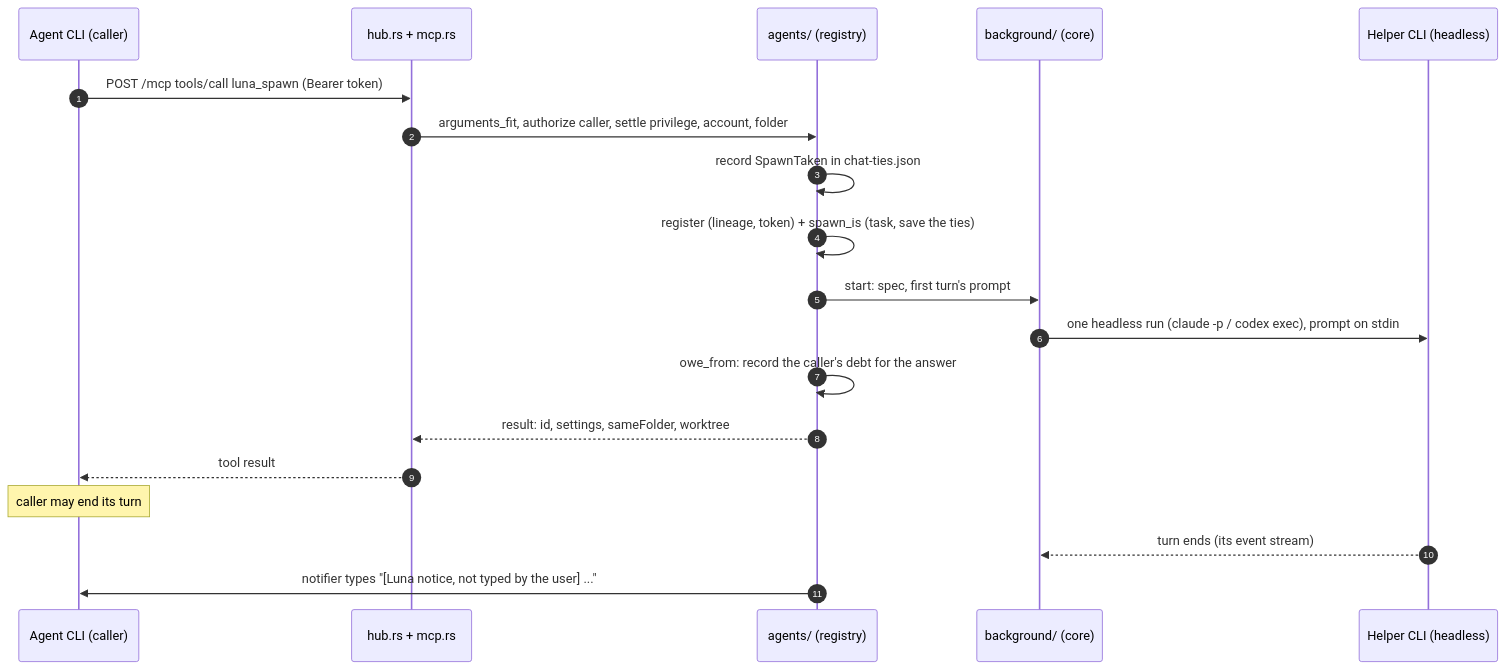
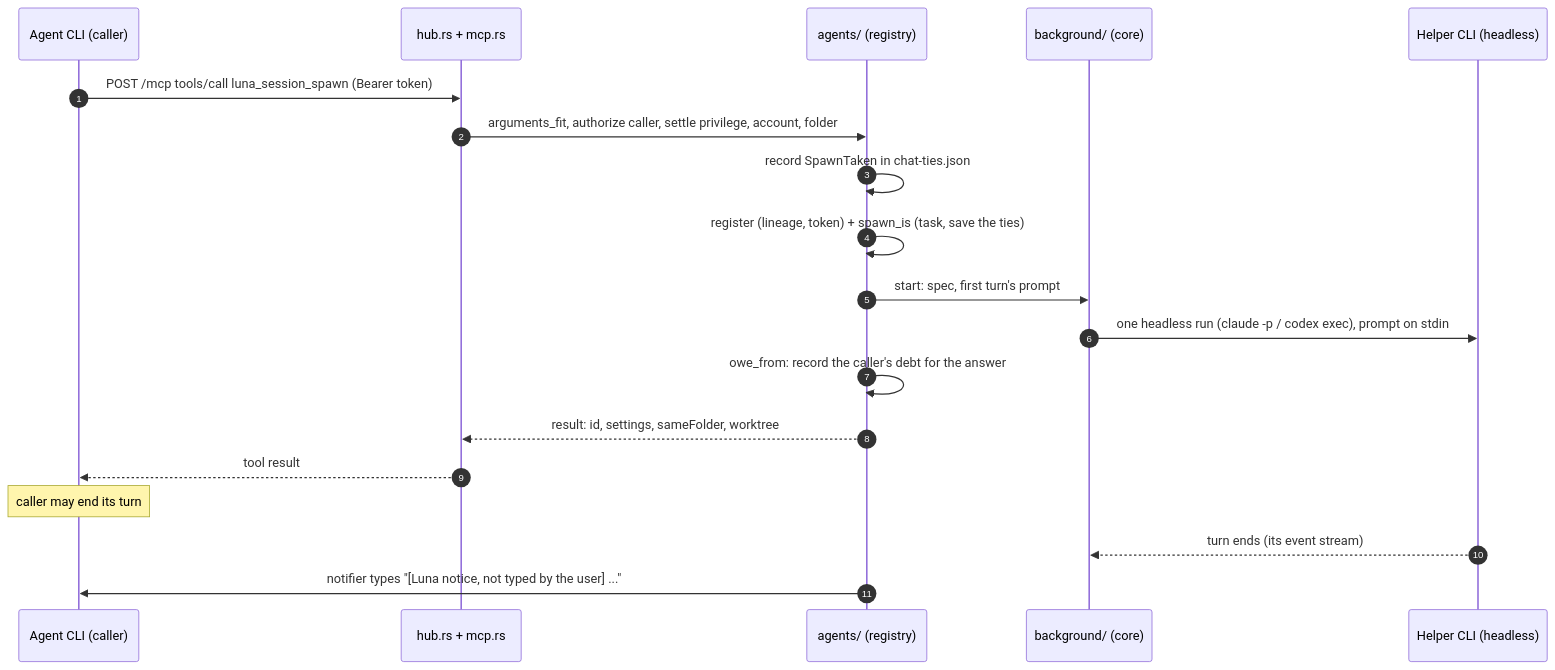
The second of 3 diagrams in docs/architecture/overview.md (nrubinmosin/luna), drawn with Mermaid before and after one commit. The commit also changed 64 other files, not shown here.

````diff
--- a/docs/architecture/overview.md
+++ b/docs/architecture/overview.md
@@ -113,22 +113,22 @@
 ```mermaid
 sequenceDiagram
   autonumber
   participant A as Agent CLI (caller)
   participant H as hub.rs + mcp.rs
   participant R as agents/ (registry)
   participant B as background/ (core)
   participant S as Helper CLI (headless)
 
-  A->>H: POST /mcp tools/call luna_spawn (Bearer token)
+  A->>H: POST /mcp tools/call luna_session_spawn (Bearer token)
   H->>R: arguments_fit, authorize caller, settle privilege, account, folder
   R->>R: record SpawnTaken in chat-ties.json
   R->>R: register (lineage, token) + spawn_is (task, save the ties)
   R->>B: start: spec, first turn's prompt
   B->>S: one headless run (claude -p / codex exec), prompt on stdin
   R->>R: owe_from: record the caller's debt for the answer
   R-->>H: result: id, settings, sameFolder, worktree
   H-->>A: tool result
   Note over A: caller may end its turn
   S-->>B: turn ends (its event stream)
   R->>A: notifier types "[Luna notice, not typed by the user] ..."
 ```
````
